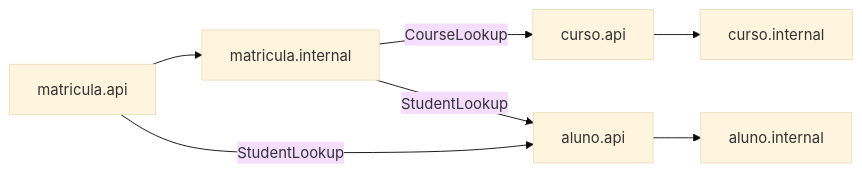
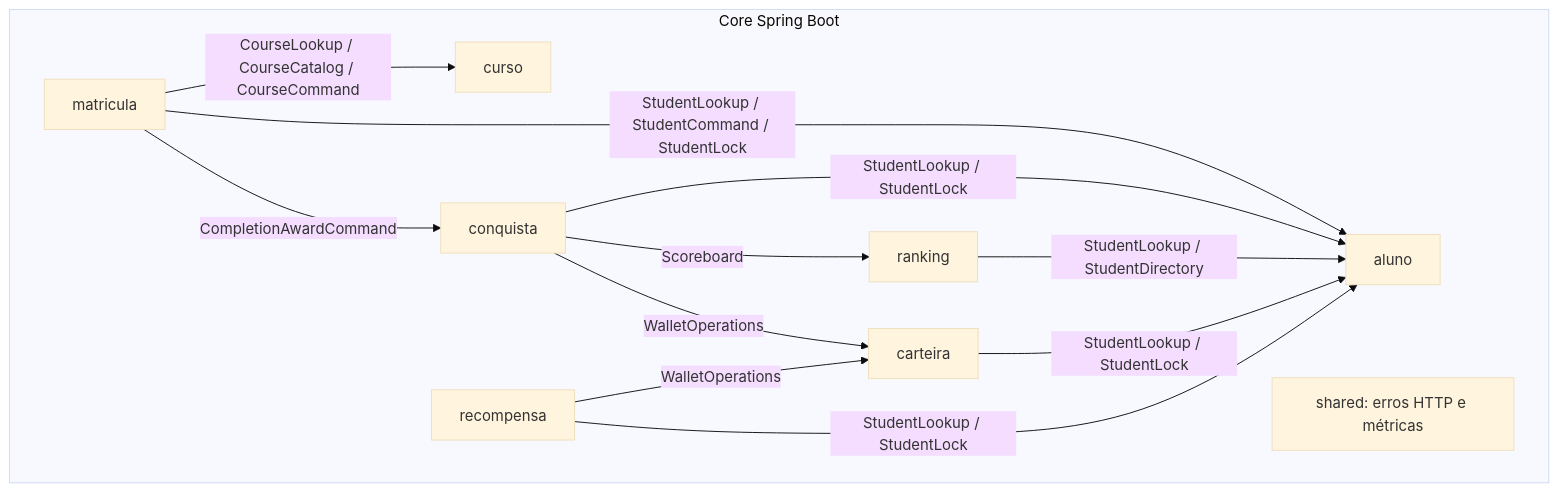
The third of 4 diagrams in AC2 README.md (RenanlMelo/dev_ops_ex_A1), drawn with Mermaid (base theme) before and after one commit. The commit also changed other lines of this file, not shown here.

````diff
--- a/AC2 README.md
+++ b/AC2 README.md
@@ -31,9 +190,16 @@
 ```mermaid
-flowchart LR
-    CC[curso.api] --> CI[curso.internal]
-    AA[aluno.api] --> AI[aluno.internal]
-    MC[matricula.api] --> MI[matricula.internal]
-    MI -->|CourseLookup| CC
-    MI -->|StudentLookup| AA
-    MC -->|StudentLookup| AA
+flowchart TB
+    subgraph CORE[Core Spring Boot]
+        M[matricula] -->|CourseLookup / CourseCatalog / CourseCommand| C[curso]
+        M -->|StudentLookup / StudentCommand / StudentLock| A[aluno]
+        M -->|CompletionAwardCommand| Q[conquista]
+        Q -->|Scoreboard| R[ranking]
+        Q -->|WalletOperations| W[carteira]
+        Q -->|StudentLookup / StudentLock| A
+        R -->|StudentLookup / StudentDirectory| A
+        W -->|StudentLookup / StudentLock| A
+        B[recompensa] -->|WalletOperations| W
+        B -->|StudentLookup / StudentLock| A
+        SH[shared: erros HTTP e métricas]
+    end
 ```
````
